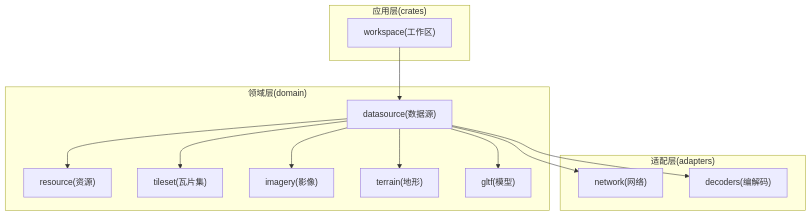
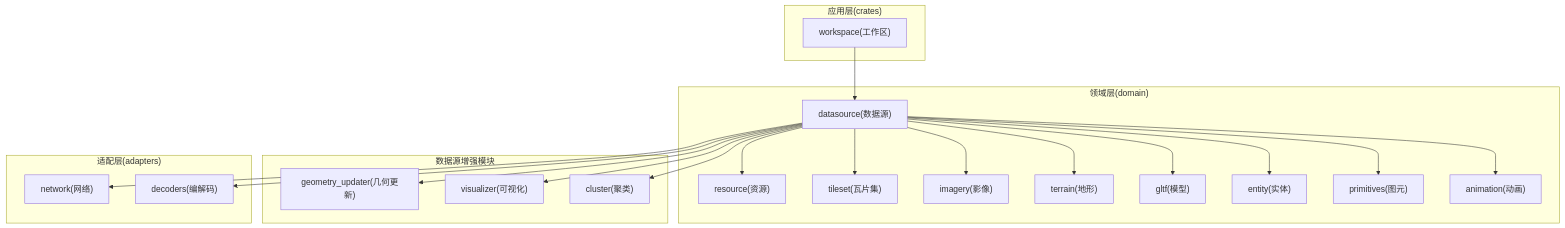
One commit to rzhangjing/cesium changed the first of 6 diagrams in .qoder/repowiki/zh/content/项目概述/核心特性/地理空间数据处理/数据源框架.md. Above: the diagram before and after it, drawn with Mermaid. The commit also changed other lines of this file and 30 other files, not shown here.

````diff
--- a/.qoder/repowiki/zh/content/项目概述/核心特性/地理空间数据处理/数据源框架.md
+++ b/.qoder/repowiki/zh/content/项目概述/核心特性/地理空间数据处理/数据源框架.md
@@ -42,26 +60,40 @@
 ```mermaid
 graph TB
 subgraph "领域层(domain)"
 DS["datasource(数据源)"]
 RS["resource(资源)"]
 TS["tileset(瓦片集)"]
 IM["imagery(影像)"]
 TR["terrain(地形)"]
 GL["gltf(模型)"]
+EN["entity(实体)"]
+PR["primitives(图元)"]
+AN["animation(动画)"]
+end
+subgraph "数据源增强模块"
+GU["geometry_updater(几何更新)"]
+VS["visualizer(可视化)"]
+CL["cluster(聚类)"]
 end
 subgraph "适配层(adapters)"
 NET["network(网络)"]
 DEC["decoders(编解码)"]
 end
 subgraph "应用层(crates)"
 WS["workspace(工作区)"]
 end
 WS --> DS
 DS --> RS
 DS --> NET
 DS --> DEC
 DS --> TS
 DS --> IM
 DS --> TR
 DS --> GL
+DS --> EN
+DS --> PR
+DS --> AN
+DS --> GU
+DS --> VS
+DS --> CL
 ```
````
